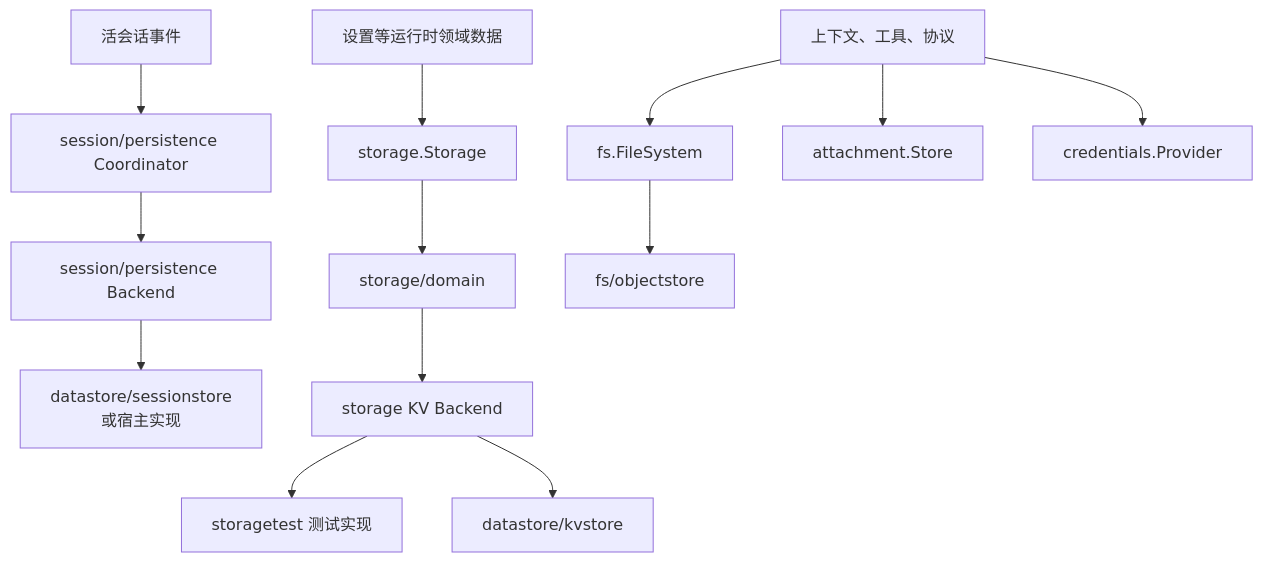
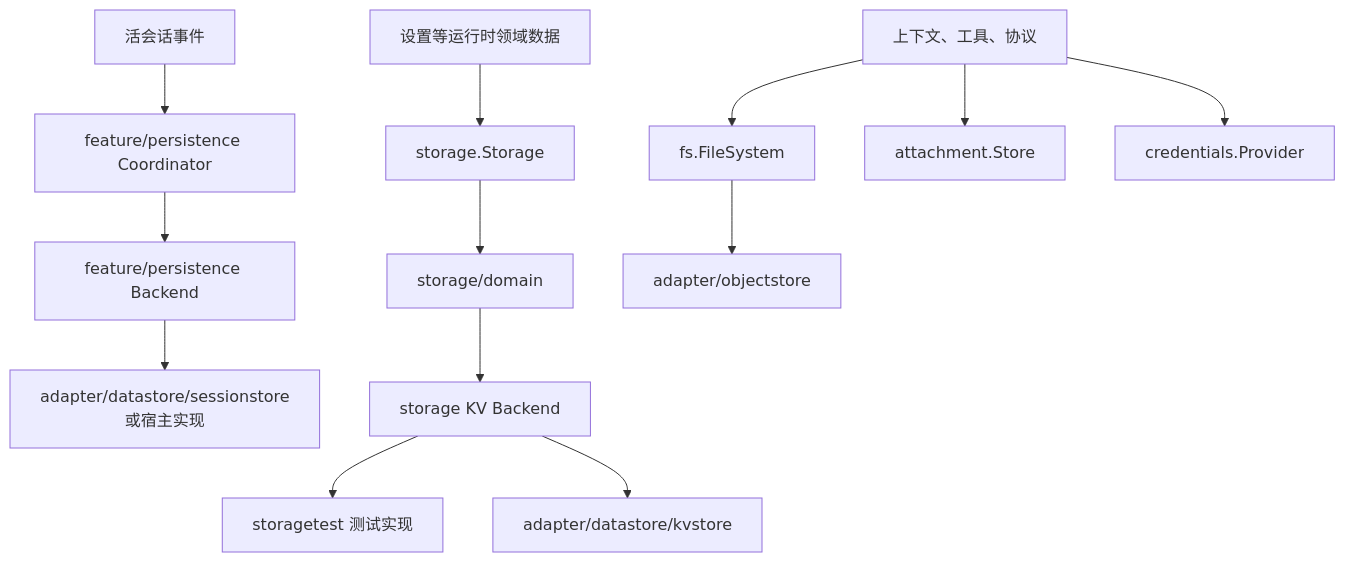
One commit to snight1983/ds-harness-go changed the first of 2 diagrams in docs/modules/storage.md. Above: the diagram before and after it, drawn with Mermaid. The commit also changed other lines of this file and 1281 other files, not shown here.

````diff
--- a/docs/modules/storage.md
+++ b/docs/modules/storage.md
@@ -7,17 +7,17 @@
 ```mermaid
 flowchart TB
-    Session["活会话事件"] --> Coordinator["session/persistence Coordinator"]
-    Coordinator --> Persistence["session/persistence Backend"]
-    Persistence --> SessionBackend["datastore/sessionstore\n或宿主实现"]
+    Session["活会话事件"] --> Coordinator["feature/persistence Coordinator"]
+    Coordinator --> Persistence["feature/persistence Backend"]
+    Persistence --> SessionBackend["adapter/datastore/sessionstore\n或宿主实现"]
 
     State["设置等运行时领域数据"] --> Hub["storage.Storage"]
     Hub --> Domain["storage/domain"]
     Domain --> Backend["storage KV Backend"]
     Backend --> Contract["storagetest 测试实现"]
-    Backend --> KVStore["datastore/kvstore"]
+    Backend --> KVStore["adapter/datastore/kvstore"]
 
     Runtime["上下文、工具、协议"] --> FS["fs.FileSystem"]
-    FS --> Object["fs/objectstore"]
+    FS --> Object["adapter/objectstore"]
     Runtime --> Attach["attachment.Store"]
     Runtime --> Creds["credentials.Provider"]
 ```
````
